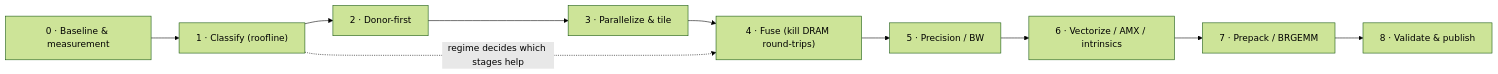
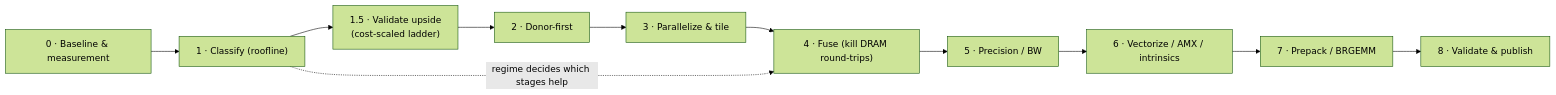
Before and after one commit to bharat-kaul/sglang-cpu-opt: the diagram in docs/standalone-kernel-optimization-playbook.md, drawn with Mermaid (forest theme). The commit also changed other lines of this file and 1 other file, not shown here.

First line of the commit message:
playbook: encode cost-scaled upside-validation ladder + predicted-not-measured rule

````diff
--- a/docs/standalone-kernel-optimization-playbook.md
+++ b/docs/standalone-kernel-optimization-playbook.md
@@ -24,12 +24,13 @@
 ```mermaid
 flowchart LR
     S0["0 · Baseline &amp; measurement"] --> S1["1 · Classify (roofline)"]
-    S1 --> S2["2 · Donor-first"]
+    S1 --> S15["1.5 · Validate upside\n(cost-scaled ladder)"]
+    S15 --> S2["2 · Donor-first"]
     S2 --> S3["3 · Parallelize &amp; tile"]
     S3 --> S4["4 · Fuse (kill DRAM round-trips)"]
     S4 --> S5["5 · Precision / BW"]
     S5 --> S6["6 · Vectorize / AMX / intrinsics"]
     S6 --> S7["7 · Prepack / BRGEMM"]
     S7 --> S8["8 · Validate &amp; publish"]
     S1 -.regime decides which stages help.-> S4
 ```
````
